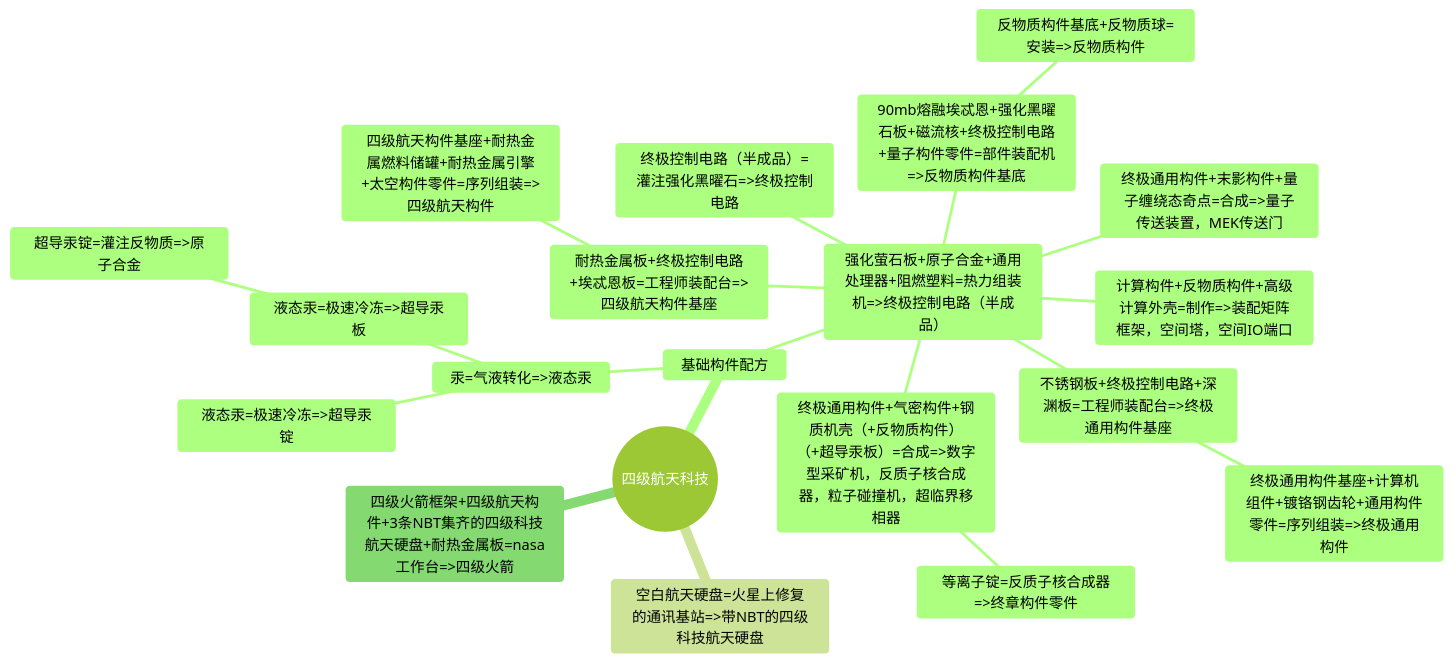
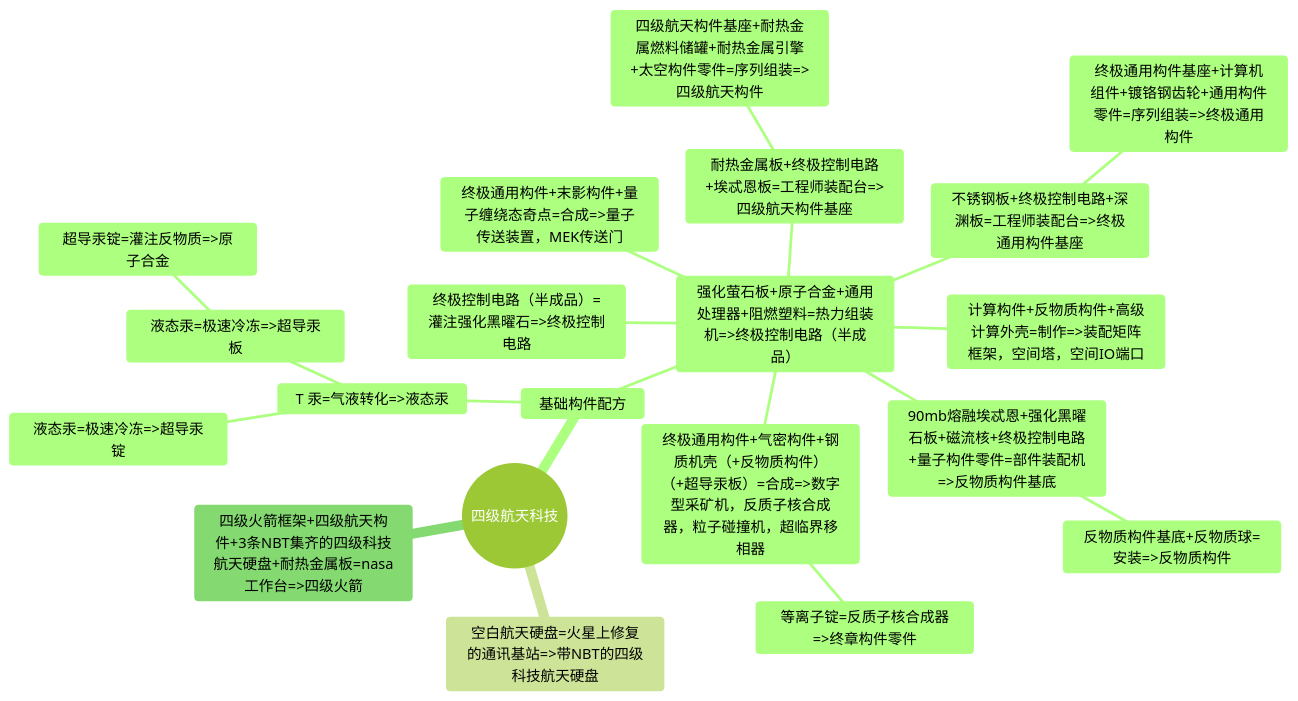
The fourth of 4 diagrams in Developer/TechTreeMap.md (VechniMetel/CodeNameCIM2), drawn with Mermaid (forest theme) before and after one commit. The commit also changed 44 other files, not shown here.

````diff
--- a/Developer/TechTreeMap.md
+++ b/Developer/TechTreeMap.md
@@ -113,23 +113,23 @@
 ``` mermaid
 mindmap
     root((四级航天科技))
         基础构件配方
-            汞=气液转化=>液态汞
+            T 汞=气液转化=>液态汞
                 液态汞=极速冷冻=>超导汞锭
                 液态汞=极速冷冻=>超导汞板
                     超导汞锭=灌注反物质=>原子合金
             强化萤石板+原子合金+通用处理器+阻燃塑料=热力组装机=>终极控制电路（半成品）
                 终极控制电路（半成品）=灌注强化黑曜石=>终极控制电路
                 耐热金属板+终极控制电路+埃忒恩板=工程师装配台=>四级航天构件基座
                     四级航天构件基座+耐热金属燃料储罐+耐热金属引擎+太空构件零件=序列组装=>四级航天构件
                 不锈钢板+终极控制电路+深渊板=工程师装配台=>终极通用构件基座
                     终极通用构件基座+计算机组件+镀铬钢齿轮+通用构件零件=序列组装=>终极通用构件
                 90mb熔融埃忒恩+强化黑曜石板+磁流核+终极控制电路+量子构件零件=部件装配机=>反物质构件基底
                     反物质构件基底+反物质球=安装=>反物质构件
                 终极通用构件+气密构件+钢质机壳（+反物质构件）（+超导汞板）=合成=>数字型采矿机，反质子核合成器，粒子碰撞机，超临界移相器
                     等离子锭=反质子核合成器=>终章构件零件
                 终极通用构件+末影构件+量子缠绕态奇点=合成=>量子传送装置，MEK传送门
                 计算构件+反物质构件+高级计算外壳=制作=>装配矩阵框架，空间塔，空间IO端口
         空白航天硬盘=火星上修复的通讯基站=>带NBT的四级科技航天硬盘
         四级火箭框架+四级航天构件+3条NBT集齐的四级科技航天硬盘+耐热金属板=nasa工作台=>四级火箭
 ```
````
